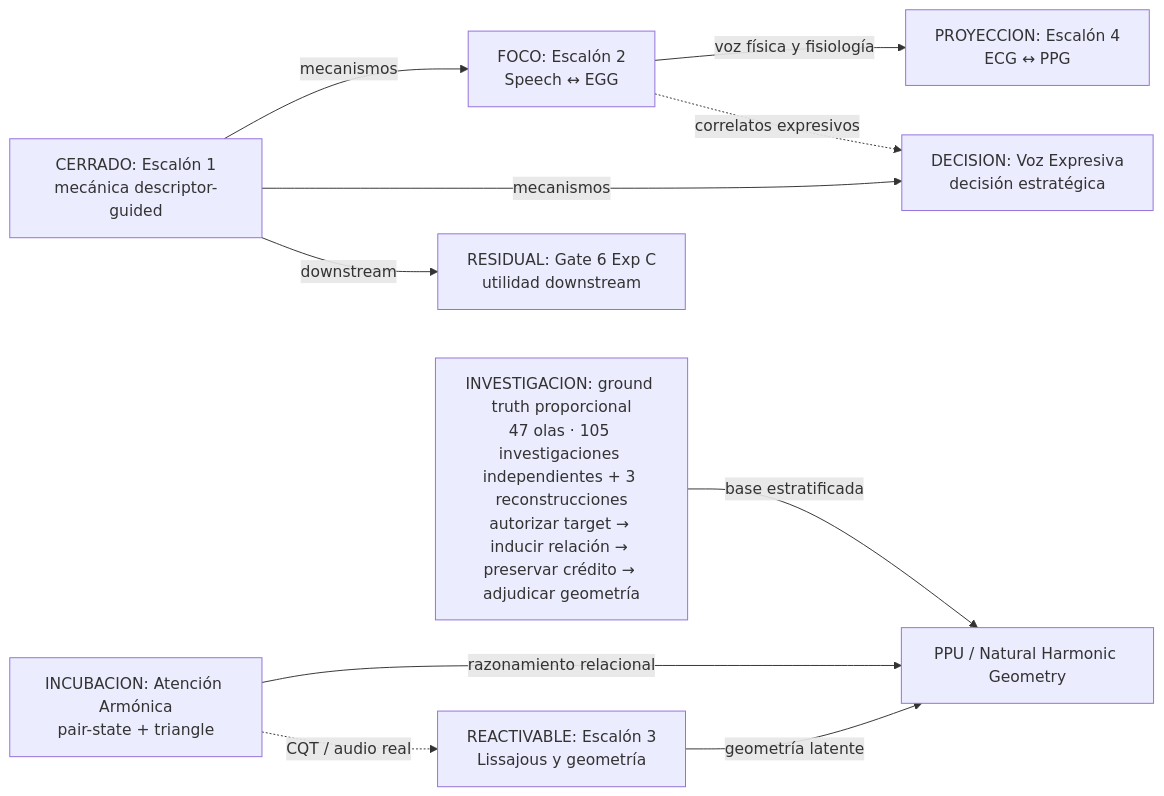
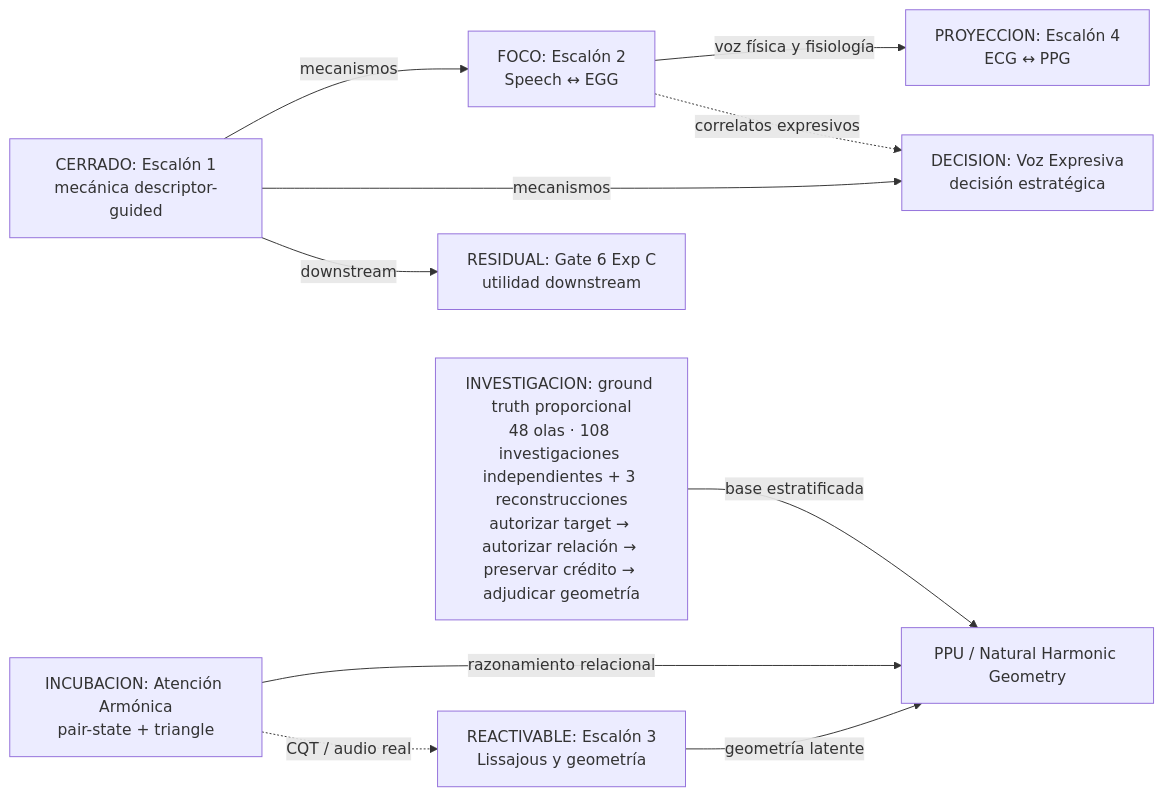
One commit to Mar-IA-no/Phideus changed the first of 2 diagrams in Documents/05_WIKI/MAPA_VISUAL_DEL_PROGRAMA.md. Above: the diagram before and after it, drawn with Mermaid. The commit also changed other lines of this file and 11 other files, not shown here.

````diff
--- a/Documents/05_WIKI/MAPA_VISUAL_DEL_PROGRAMA.md
+++ b/Documents/05_WIKI/MAPA_VISUAL_DEL_PROGRAMA.md
@@ -36,22 +36,22 @@
 ```mermaid
 flowchart LR
     E1["CERRADO: Escalón 1<br/>mecánica descriptor-guided"]
     G6["RESIDUAL: Gate 6 Exp C<br/>utilidad downstream"]
     E2["FOCO: Escalón 2<br/>Speech ↔ EGG"]
     VE["DECISION: Voz Expresiva<br/>decisión estratégica"]
     E3["REACTIVABLE: Escalón 3<br/>Lissajous y geometría"]
     AA["INCUBACION: Atención Armónica<br/>pair-state + triangle"]
     E4["PROYECCION: Escalón 4<br/>ECG ↔ PPG"]
     PPU["PPU / Natural Harmonic Geometry"]
-    GT["INVESTIGACION: ground truth proporcional<br/>47 olas · 105 investigaciones independientes + 3 reconstrucciones<br/>autorizar target → inducir relación → preservar crédito → adjudicar geometría"]
+    GT["INVESTIGACION: ground truth proporcional<br/>48 olas · 108 investigaciones independientes + 3 reconstrucciones<br/>autorizar target → autorizar relación → preservar crédito → adjudicar geometría"]
 
     E1 -->|mecanismos| E2
     E1 -->|mecanismos| VE
     E1 -->|downstream| G6
     E2 -->|voz física y fisiología| E4
     E2 -.->|correlatos expresivos| VE
     E3 -->|geometría latente| PPU
     AA -->|razonamiento relacional| PPU
     GT -->|base estratificada| PPU
     AA -.->|CQT / audio real| E3
 ```
````
